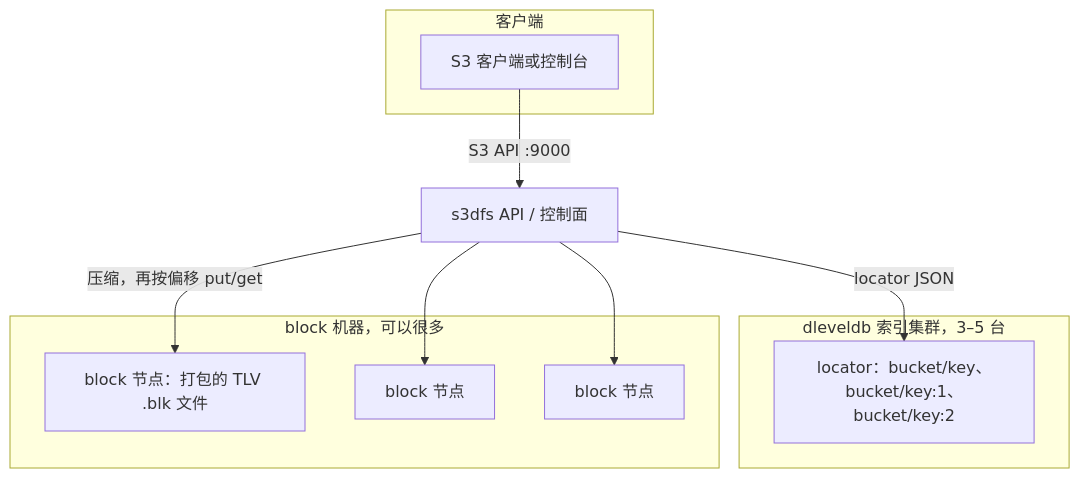
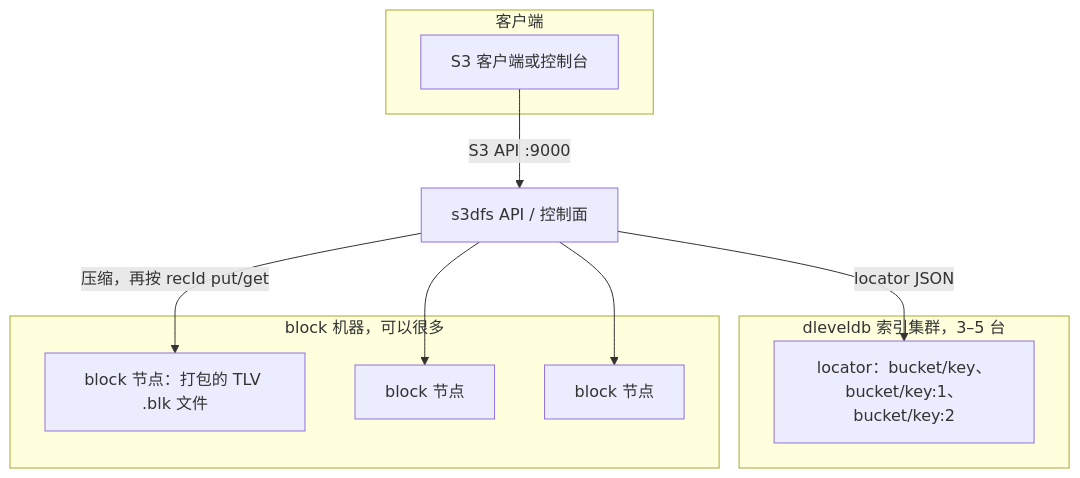
One commit to zhangxinlong633/s3dfs changed the diagram in README.zh-CN.md. Above: the diagram before and after it, drawn with Mermaid. The commit also changed other lines of this file and 20 other files, not shown here.

````diff
--- a/README.zh-CN.md
+++ b/README.zh-CN.md
@@ -43,22 +43,22 @@
 ```mermaid
 flowchart TB
   subgraph Client["客户端"]
     App["S3 客户端或控制台"]
   end
 
   subgraph Index["dleveldb 索引集群，3–5 台"]
     KV["locator：bucket/key、bucket/key:1、bucket/key:2"]
   end
 
   subgraph Blocks["block 机器，可以很多"]
     B1["block 节点：打包的 TLV .blk 文件"]
     B2["block 节点"]
     B3["block 节点"]
   end
 
   App -->|S3 API :9000| API["s3dfs API / 控制面"]
-  API -->|压缩，再按偏移 put/get| B1
+  API -->|压缩，再按 recId put/get| B1
   API --> B2
   API --> B3
   API -->|locator JSON| KV
 ```
````
